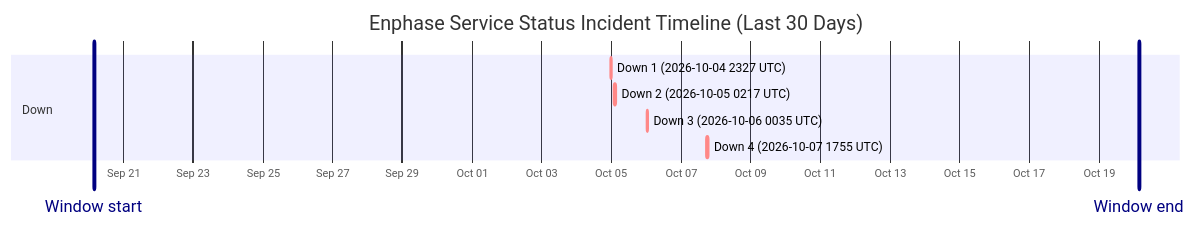
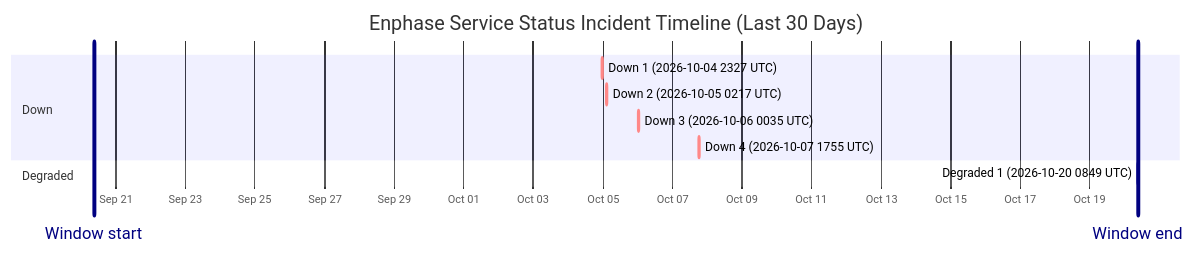
One commit to barneyonline/ha-enphase-energy changed the diagram in wiki/Service-Status-History.md. Above: the diagram before and after it, drawn with Mermaid. The commit also changed other lines of this file and 5 other files, not shown here.

````diff
--- a/wiki/Service-Status-History.md
+++ b/wiki/Service-Status-History.md
@@ -14,13 +14,15 @@
 ```mermaid
 gantt
     title Enphase Service Status Incident Timeline (Last 30 Days)
     dateFormat  YYYY-MM-DDTHH:mm:ss
     axisFormat  %b %d
-    Window start :vert, window-start, 2026-09-20T03:29:18, 0ms
-    Window end :vert, window-end, 2026-10-20T03:29:18, 0ms
+    Window start :vert, window-start, 2026-09-20T08:49:49, 0ms
+    Window end :vert, window-end, 2026-10-20T08:49:49, 0ms
     section Down
     Down 1 (2026-10-04 2327 UTC) :crit, down-1, 2026-10-04T23:27:34, 60m
     Down 2 (2026-10-05 0217 UTC) :crit, down-2, 2026-10-05T02:17:30, 60m
     Down 3 (2026-10-06 0035 UTC) :crit, down-3, 2026-10-06T00:35:21, 60m
     Down 4 (2026-10-07 1755 UTC) :crit, down-4, 2026-10-07T17:55:16, 60m
+    section Degraded
+    Degraded 1 (2026-10-20 0849 UTC) :active, degraded-1, 2026-10-20T08:49:49, 60m
 ```
````
